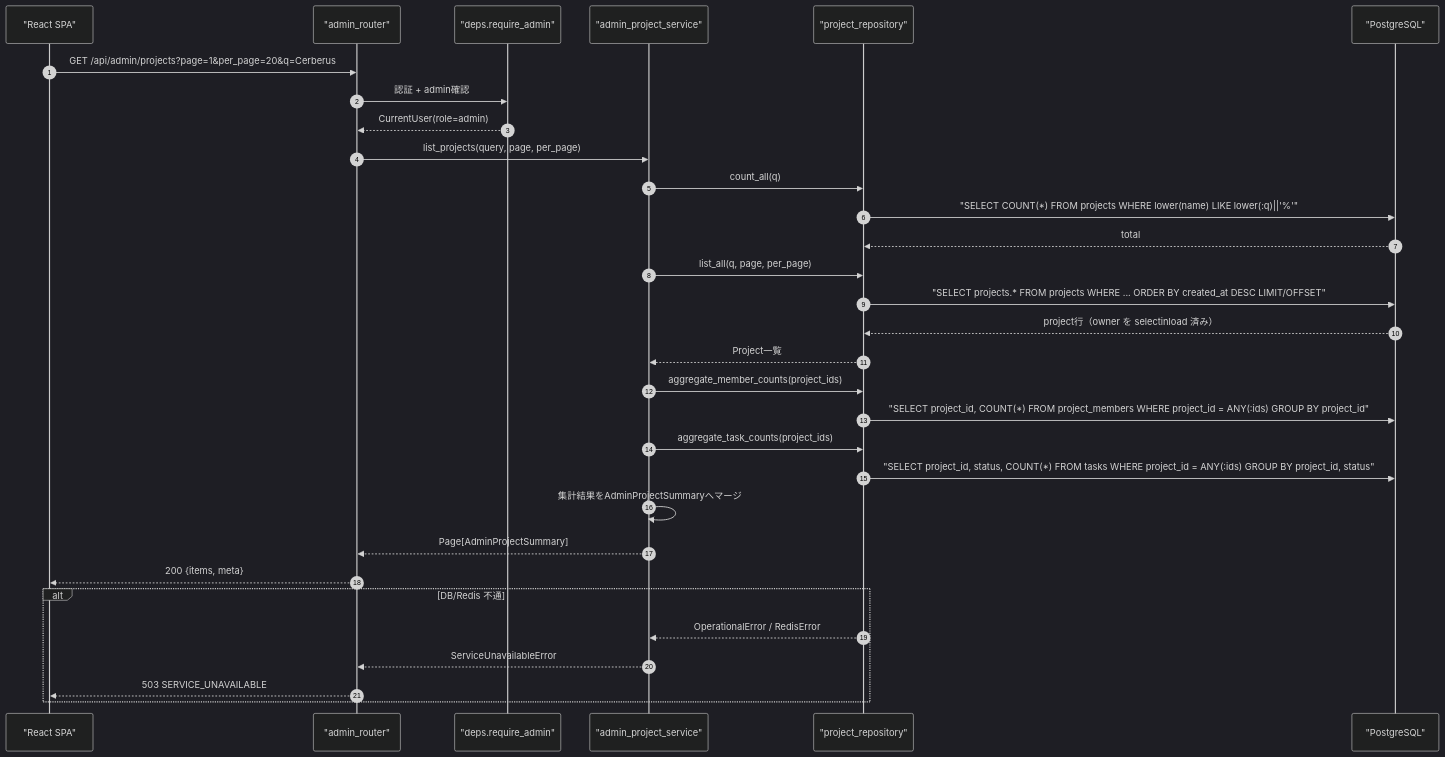
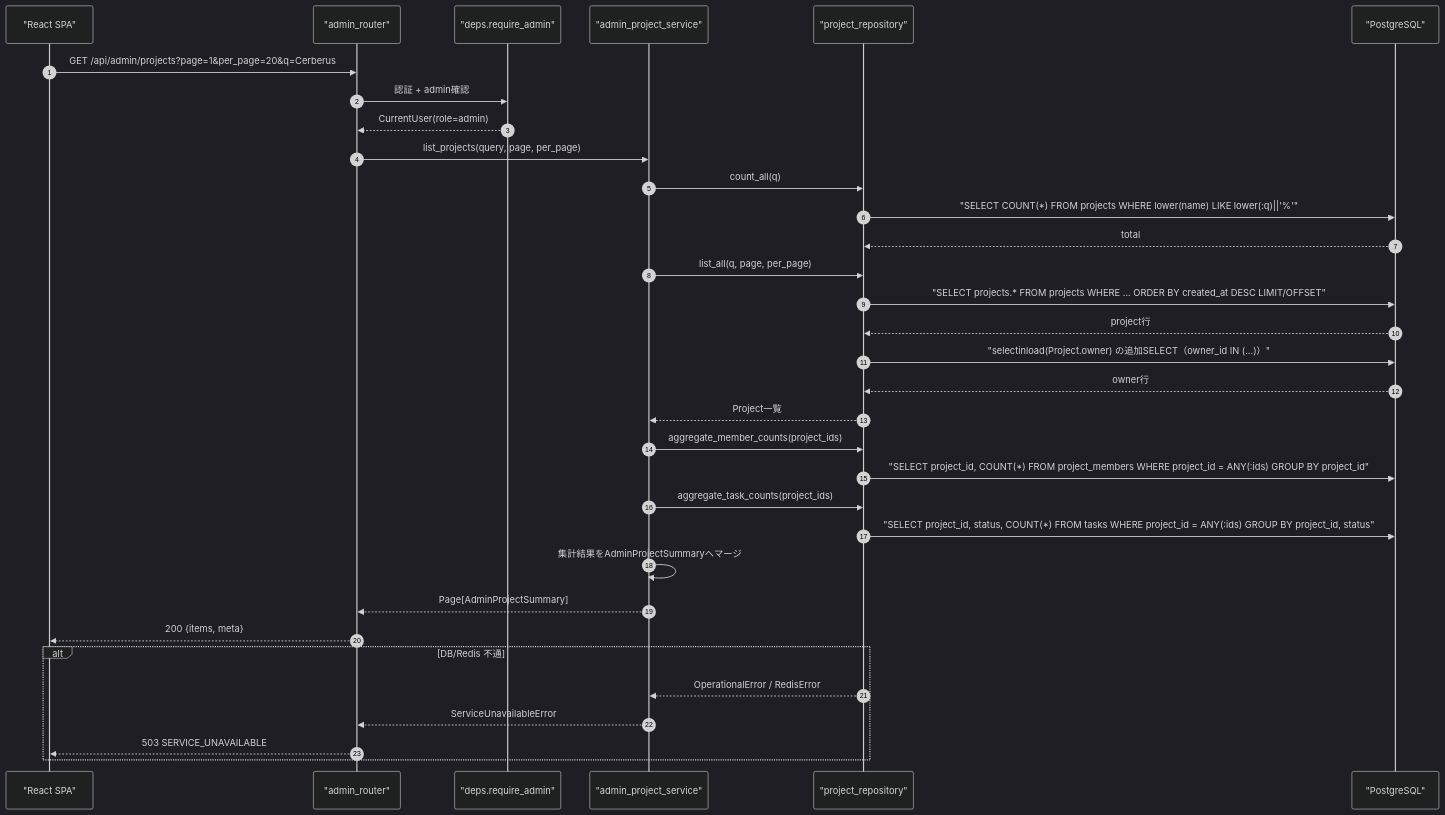
One commit to oikawa-d/task_management changed the first of 4 diagrams in detailed_design/api/admin/05_get_admin_projects.md. Above: the diagram before and after it, drawn with Mermaid (dark theme). The commit also changed other lines of this file and 22 other files, not shown here.

````diff
--- a/detailed_design/api/admin/05_get_admin_projects.md
+++ b/detailed_design/api/admin/05_get_admin_projects.md
@@ -104,34 +104,36 @@
 ```mermaid
 sequenceDiagram
     autonumber
     participant FE as "React SPA"
     participant R as "admin_router"
     participant D as "deps.require_admin"
     participant S as "admin_project_service"
     participant RP as "project_repository"
     participant PG as "PostgreSQL"
 
     FE->>R: GET /api/admin/projects?page=1&per_page=20&q=Cerberus
     R->>D: 認証 + admin確認
     D-->>R: CurrentUser(role=admin)
     R->>S: list_projects(query, page, per_page)
     S->>RP: count_all(q)
     RP->>PG: "SELECT COUNT(*) FROM projects WHERE lower(name) LIKE lower(:q)||'%'"
     PG-->>RP: total
     S->>RP: list_all(q, page, per_page)
     RP->>PG: "SELECT projects.* FROM projects WHERE ... ORDER BY created_at DESC LIMIT/OFFSET"
-    PG-->>RP: project行（owner を selectinload 済み）
+    PG-->>RP: project行
+    RP->>PG: "selectinload(Project.owner) の追加SELECT（owner_id IN (...)）"
+    PG-->>RP: owner行
     RP-->>S: Project一覧
     S->>RP: aggregate_member_counts(project_ids)
     RP->>PG: "SELECT project_id, COUNT(*) FROM project_members WHERE project_id = ANY(:ids) GROUP BY project_id"
     S->>RP: aggregate_task_counts(project_ids)
     RP->>PG: "SELECT project_id, status, COUNT(*) FROM tasks WHERE project_id = ANY(:ids) GROUP BY project_id, status"
     S->>S: 集計結果をAdminProjectSummaryへマージ
     S-->>R: Page[AdminProjectSummary]
     R-->>FE: 200 {items, meta}
     alt DB/Redis 不通
         RP-->>S: OperationalError / RedisError
         S-->>R: ServiceUnavailableError
         R-->>FE: 503 SERVICE_UNAVAILABLE
     end
 ```
````
